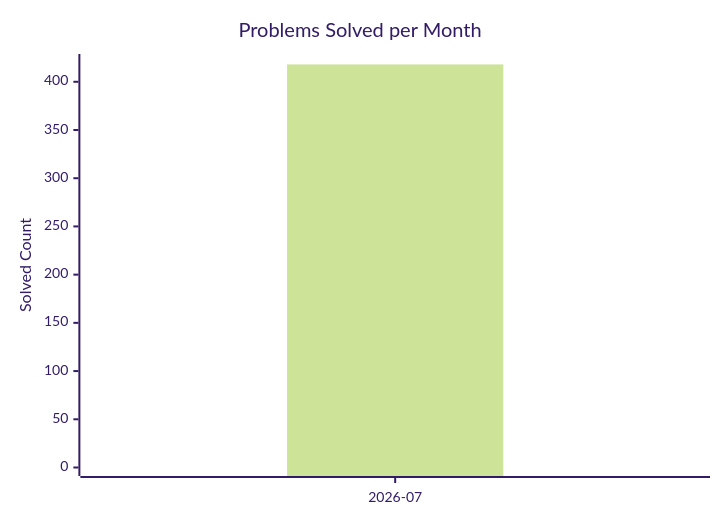
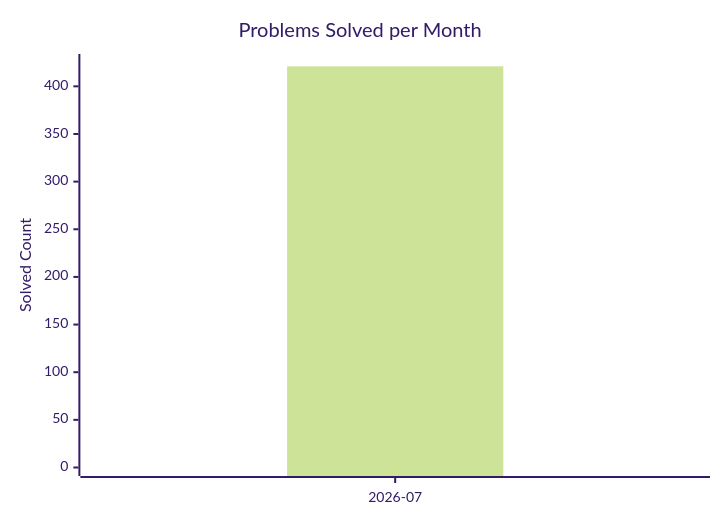
Before and after one commit to AdityaPandey-DEV/CP-Progress-Sync: the diagram in dashboard.md, drawn with Mermaid (forest theme). The commit also changed other lines of this file, not shown here.

Commit message:
Auto-update CP dashboard [skip ci]

````diff
--- a/dashboard.md
+++ b/dashboard.md
@@ -8,8 +8,8 @@
 ```mermaid
 xychart-beta
     title "Problems Solved per Month"
     x-axis ["2026-07"]
-    y-axis "Solved Count" 0 --> 420
-    bar [418]
-    line [418]
+    y-axis "Solved Count" 0 --> 425
+    bar [421]
+    line [421]
 ```
````
